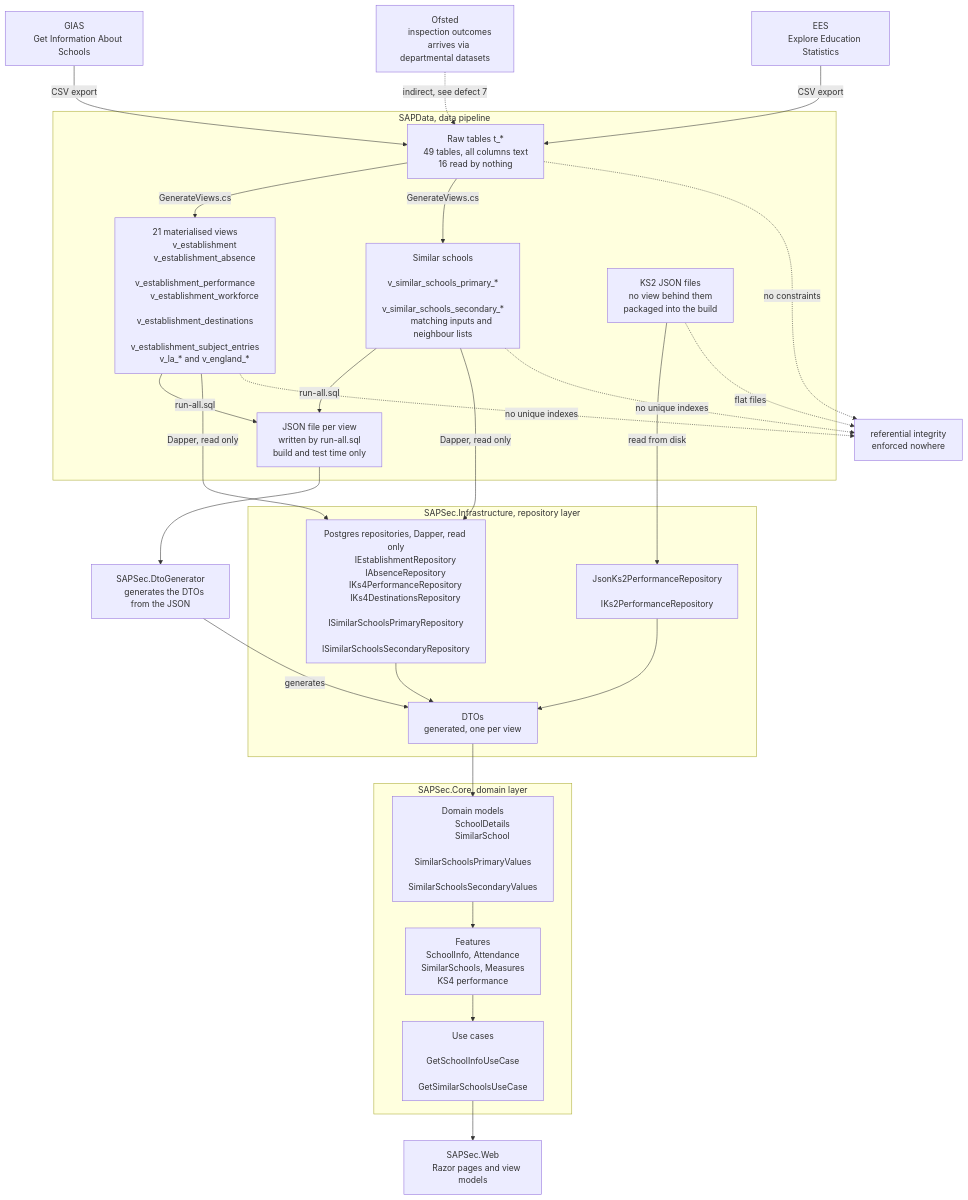
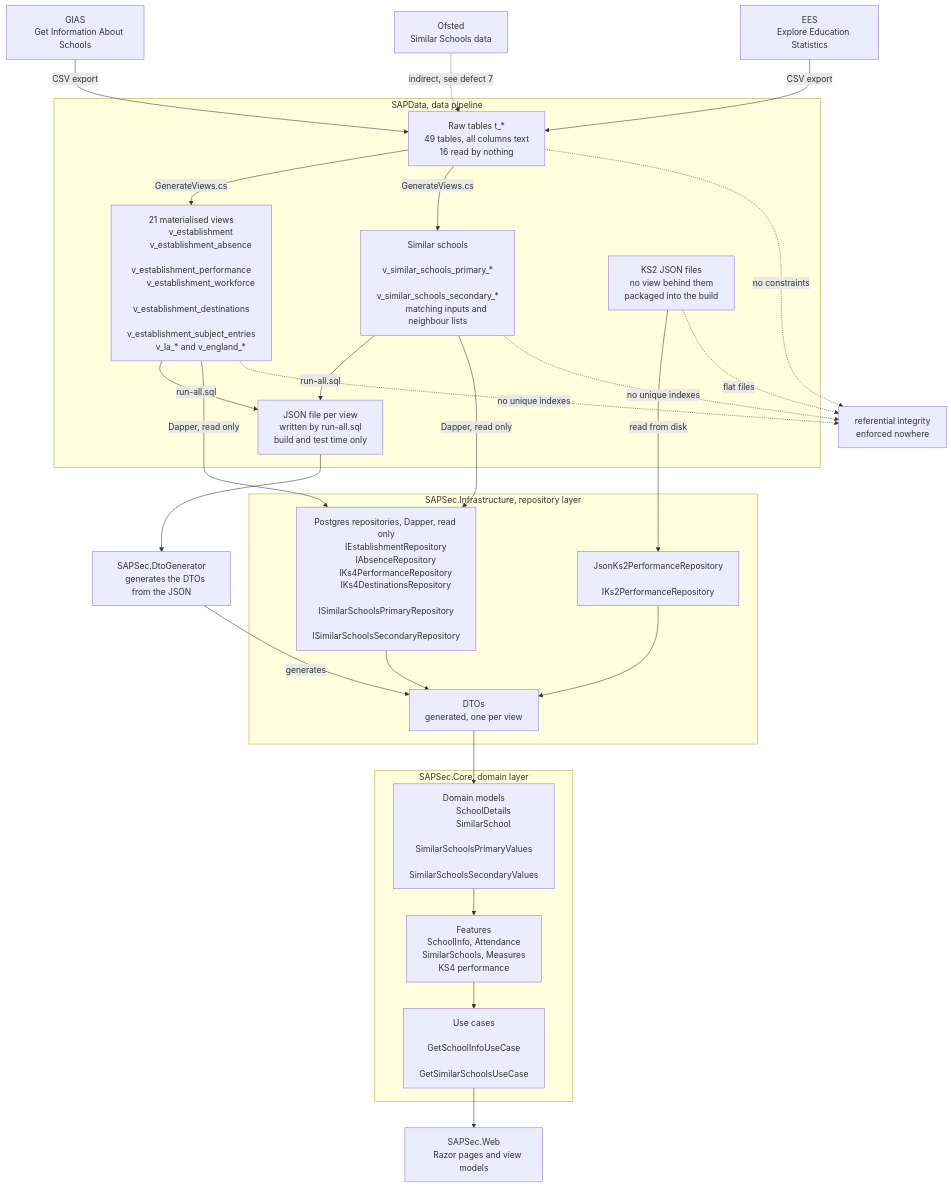
Before and after one commit to DFE-Digital/sap-sector: the second of 2 diagrams in docs/architecture/entity-relationship-diagram.md, drawn with Mermaid.

Commit message:
updated erd

```diff
--- a/docs/architecture/entity-relationship-diagram.md
+++ b/docs/architecture/entity-relationship-diagram.md
@@ -678,8 +678,7 @@
     GIAS["GIAS
     Get Information About Schools"]
     OFSTED["Ofsted
-    inspection outcomes
-    arrives via departmental datasets"]
+    Similar Schools data"]
     EES["EES
     Explore Education Statistics"]
 
```
